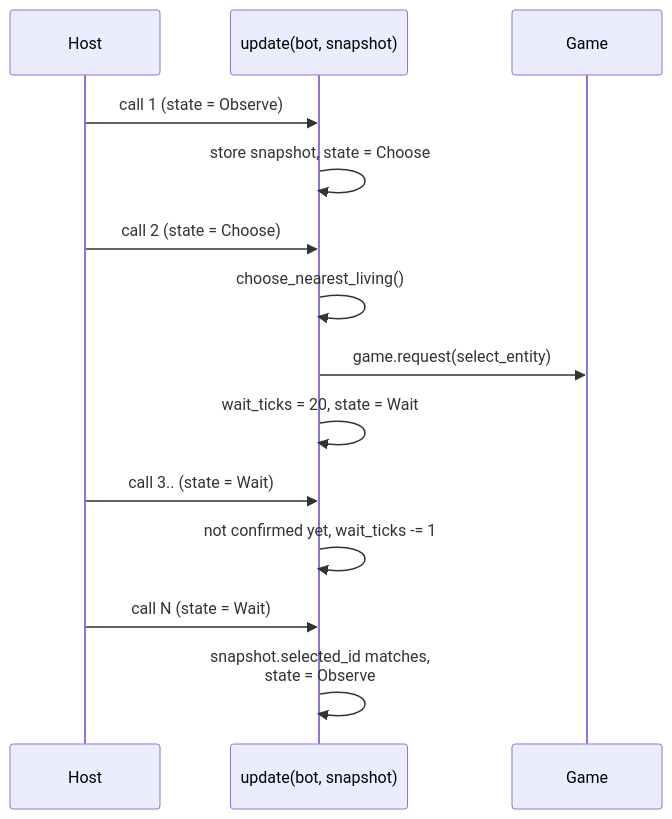
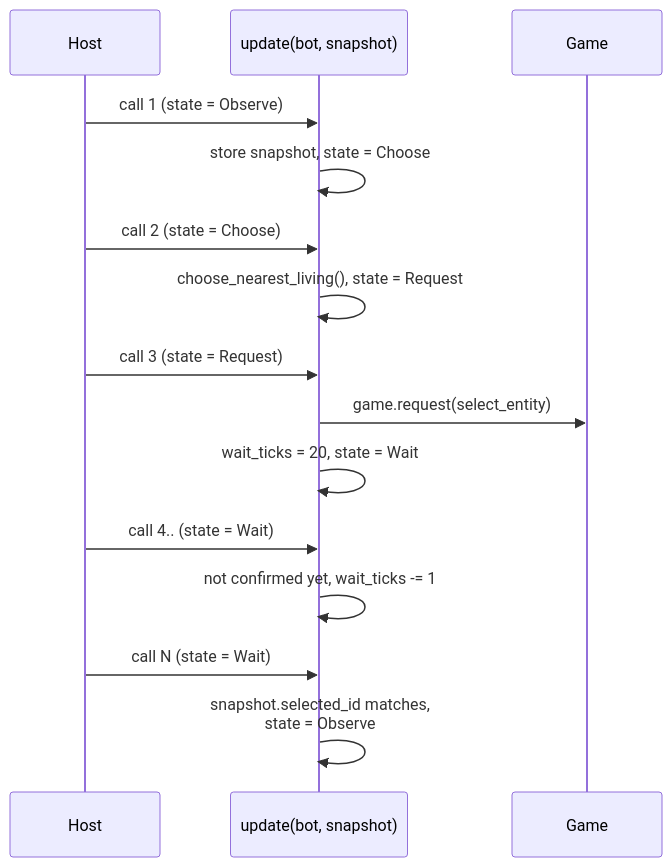
One commit to MustCodeAl/rust-game-hacking-book changed the second of 2 diagrams in site/src/content/docs/pages/12/05.mdx. Above: the diagram before and after it, drawn with Mermaid. The commit also changed other lines of this file and 140 other files, not shown here.

````diff
--- a/site/src/content/docs/pages/12/05.mdx
+++ b/site/src/content/docs/pages/12/05.mdx
@@ -114,16 +136,17 @@
 ```mermaid
 sequenceDiagram
     participant Host
     participant Bot as update(bot, snapshot)
     participant Game
     Host->>Bot: call 1 (state = Observe)
     Bot->>Bot: store snapshot, state = Choose
     Host->>Bot: call 2 (state = Choose)
-    Bot->>Bot: choose_nearest_living()
+    Bot->>Bot: choose_nearest_living(), state = Request
+    Host->>Bot: call 3 (state = Request)
     Bot->>Game: game.request(select_entity)
     Bot->>Bot: wait_ticks = 20, state = Wait
-    Host->>Bot: call 3.. (state = Wait)
+    Host->>Bot: call 4.. (state = Wait)
     Bot->>Bot: not confirmed yet, wait_ticks -= 1
     Host->>Bot: call N (state = Wait)
     Bot->>Bot: snapshot.selected_id matches,<br/>state = Observe
 ```
````
